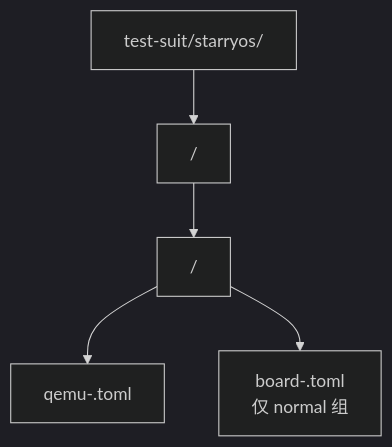
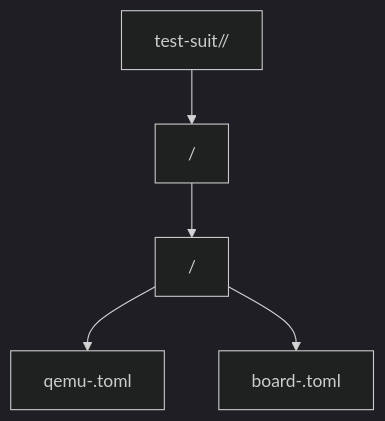
One commit to rcore-os/tgoskits changed the second of 3 diagrams in docs/docs/design/test/naming.md. Above: the diagram before and after it, drawn with Mermaid (dark theme). The commit also changed other lines of this file and 47 other files, not shown here.

````diff
--- a/docs/docs/design/test/naming.md
+++ b/docs/docs/design/test/naming.md
@@ -96,13 +97,13 @@
 ```mermaid
 flowchart TD
-    sroot["test-suit/starryos/"]
+    sroot["test-suit/<os>/"]
     sgroup["<group>/"]
     scase["<case>/"]
     sqemu["qemu-<arch>.toml"]
-    sboard["board-<board>.toml<br/>仅 normal 组"]
+    sboard["board-<board>.toml"]
 
     sroot --> sgroup
     sgroup --> scase
     scase --> sqemu
     scase --> sboard
 ```
````
